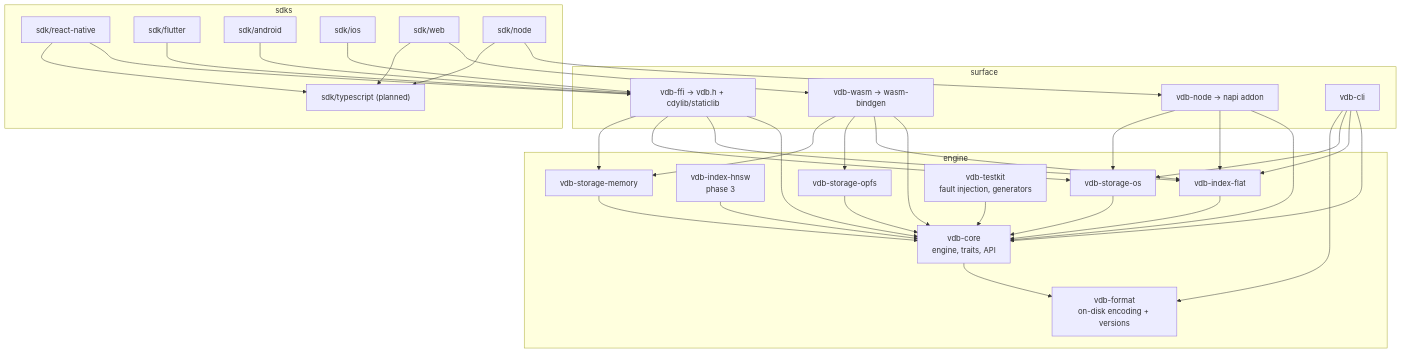
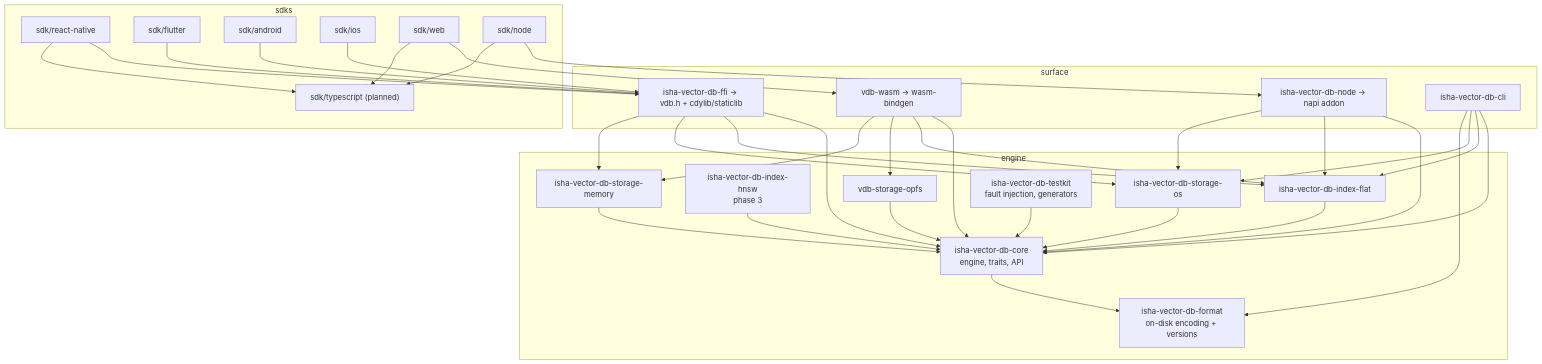
One commit to paramababu/isha-vector-db changed the diagram in docs/architecture/03-system-design.md. Above: the diagram before and after it, drawn with Mermaid. The commit also changed other lines of this file and 340 other files, not shown here.

First line of the commit message:
refactor: rename vdb to isha-vector-db, keeping the C ABI

````diff
--- a/docs/architecture/03-system-design.md
+++ b/docs/architecture/03-system-design.md
@@ -42,49 +42,49 @@
 ```mermaid
 graph TD
   subgraph engine
-    FMT[vdb-format<br/>on-disk encoding + versions]
-    CORE[vdb-core<br/>engine, traits, API]
-    FLAT[vdb-index-flat]
-    HNSW[vdb-index-hnsw<br/>phase 3]
-    MEM[vdb-storage-memory]
-    OS[vdb-storage-os]
+    FMT[isha-vector-db-format<br/>on-disk encoding + versions]
+    CORE[isha-vector-db-core<br/>engine, traits, API]
+    FLAT[isha-vector-db-index-flat]
+    HNSW[isha-vector-db-index-hnsw<br/>phase 3]
+    MEM[isha-vector-db-storage-memory]
+    OS[isha-vector-db-storage-os]
     OPFS[vdb-storage-opfs]
-    TK[vdb-testkit<br/>fault injection, generators]
+    TK[isha-vector-db-testkit<br/>fault injection, generators]
   end
   subgraph surface
-    FFI[vdb-ffi → vdb.h + cdylib/staticlib]
-    NODE[vdb-node → napi addon]
+    FFI[isha-vector-db-ffi → vdb.h + cdylib/staticlib]
+    NODE[isha-vector-db-node → napi addon]
     WASM[vdb-wasm → wasm-bindgen]
-    CLI[vdb-cli]
+    CLI[isha-vector-db-cli]
   end
   subgraph sdks
     TS["sdk/typescript (planned)"]
     RN[sdk/react-native]
     FL[sdk/flutter]
     AND[sdk/android]
     IOS[sdk/ios]
     WEB[sdk/web]
     NPKG[sdk/node]
   end
 
   CORE --> FMT
   FLAT --> CORE
   HNSW --> CORE
   MEM --> CORE
   OS --> CORE
   OPFS --> CORE
   TK --> CORE
   FFI --> CORE & FLAT & OS & MEM
   NODE --> CORE & FLAT & OS
   WASM --> CORE & FLAT & OPFS & MEM
   CLI --> CORE & FLAT & OS & FMT
   RN --> FFI
   FL --> FFI
   AND --> FFI
   IOS --> FFI
   NPKG --> NODE
   WEB --> WASM
   RN --> TS
   WEB --> TS
   NPKG --> TS
 ```
````
